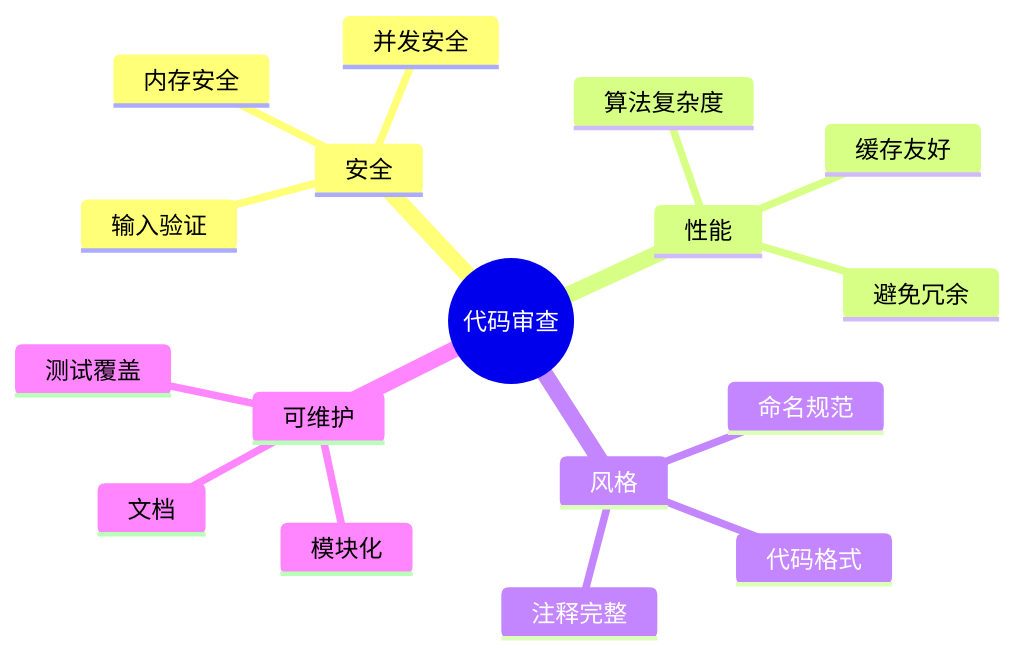
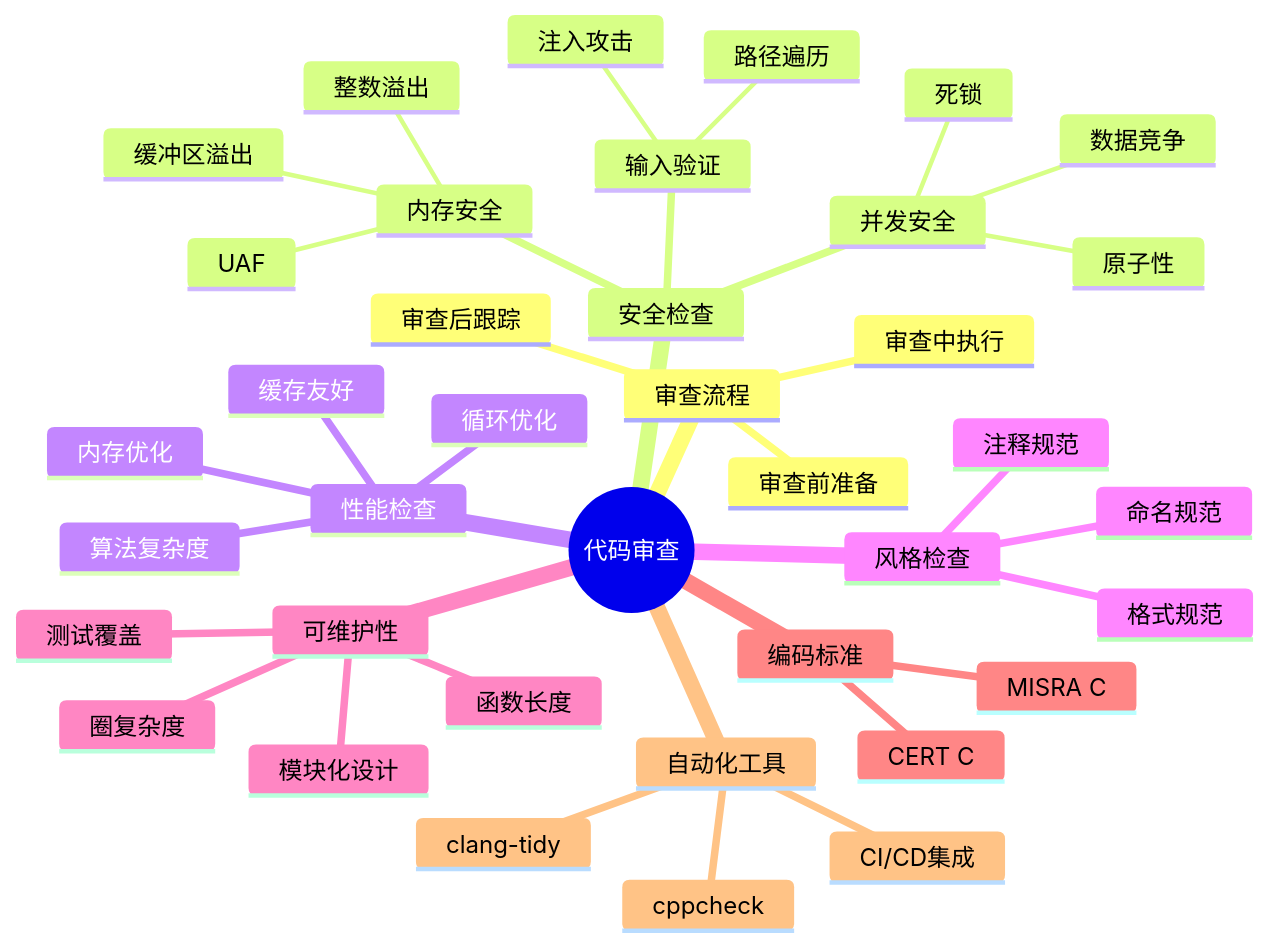
One commit to AdaMartin18010/C_Lang changed the diagram in knowledge/01_Core_Knowledge_System/05_Engineering/08_Code_Review_Checklist.md. Above: the diagram before and after it, drawn with Mermaid. The commit also changed other lines of this file and 10 other files, not shown here.

````diff
--- a/knowledge/01_Core_Knowledge_System/05_Engineering/08_Code_Review_Checklist.md
+++ b/knowledge/01_Core_Knowledge_System/05_Engineering/08_Code_Review_Checklist.md
@@ -23,20 +23,41 @@
 ```mermaid
 mindmap
   root((代码审查))
-    安全
+    审查流程
+      审查前准备
+      审查中执行
+      审查后跟踪
+    安全检查
       内存安全
+        UAF
+        缓冲区溢出
+        整数溢出
       并发安全
+        数据竞争
+        死锁
+        原子性
       输入验证
-    性能
+        注入攻击
+        路径遍历
+    性能检查
       算法复杂度
       缓存友好
-      避免冗余
-    风格
+      内存优化
+      循环优化
+    风格检查
       命名规范
-      代码格式
-      注释完整
-    可维护
-      模块化
+      格式规范
+      注释规范
+    可维护性
+      圈复杂度
+      函数长度
+      模块化设计
       测试覆盖
-      文档
+    编码标准
+      MISRA C
+      CERT C
+    自动化工具
+      cppcheck
+      clang-tidy
+      CI/CD集成
 ```
````
